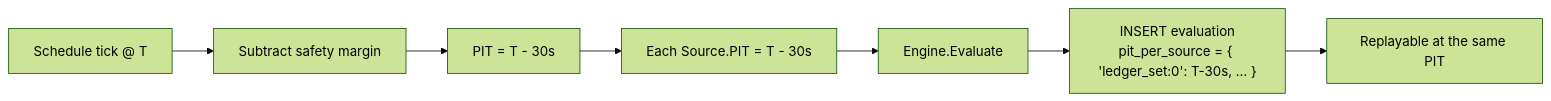
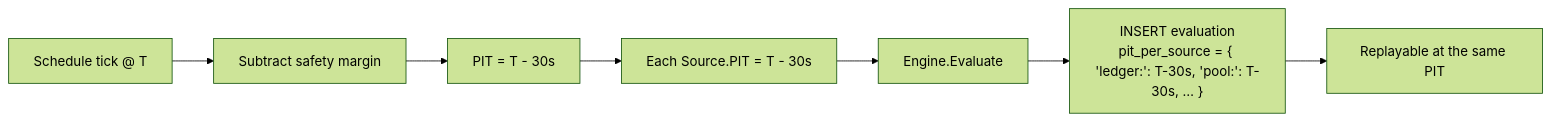
One commit to formancehq/reconciliation changed the seventh of 7 diagrams in docs/technical/workflows.md. Above: the diagram before and after it, drawn with Mermaid (forest theme). The commit also changed other lines of this file and 6 other files, not shown here.

````diff
--- a/docs/technical/workflows.md
+++ b/docs/technical/workflows.md
@@ -233,9 +233,9 @@
 ```mermaid
 flowchart LR
     Tick[Schedule tick @ T] --> Sub[Subtract safety margin]
     Sub --> PIT["PIT = T - 30s"]
     PIT --> Sources["Each Source.PIT = T - 30s"]
     Sources --> Eng[Engine.Evaluate]
-    Eng --> Persist["INSERT evaluation<br/>pit_per_source = { 'ledger_set:0': T-30s, … }"]
+    Eng --> Persist["INSERT evaluation<br/>pit_per_source = { 'ledger:<name>': T-30s, 'pool:<id>': T-30s, … }"]
     Persist --> Audit[Replayable at the same PIT]
 ```
````
